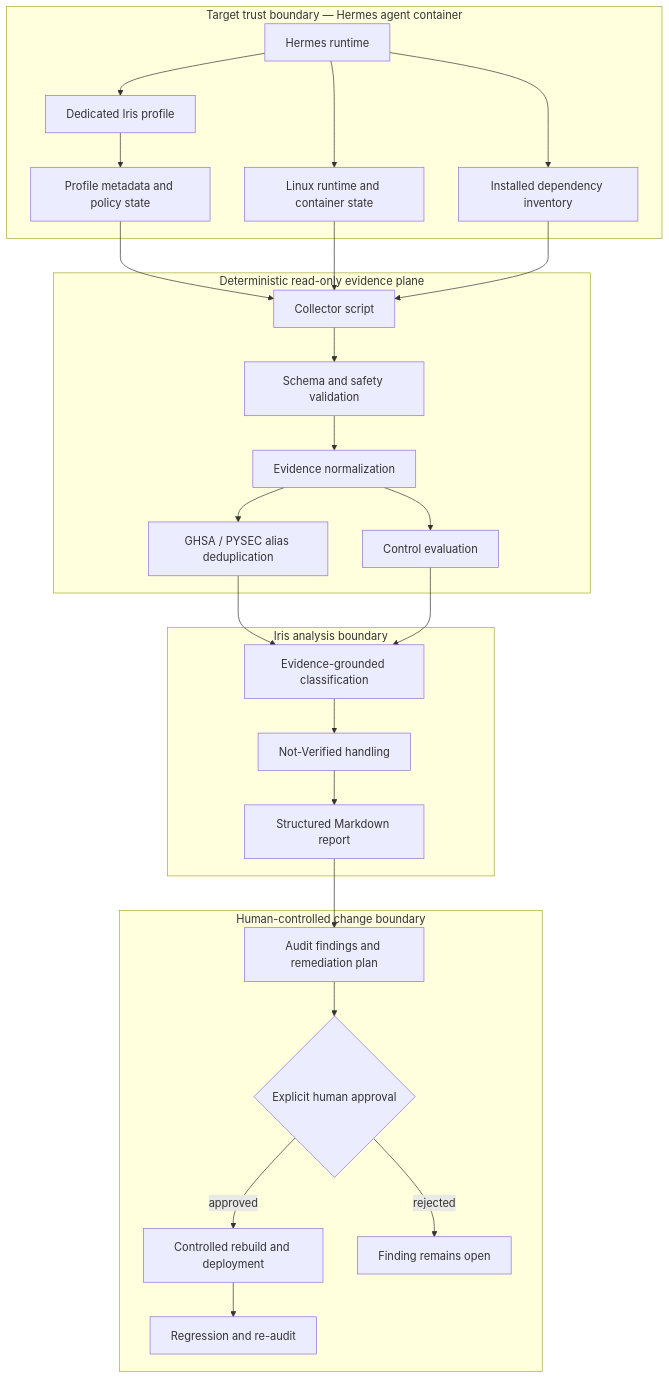
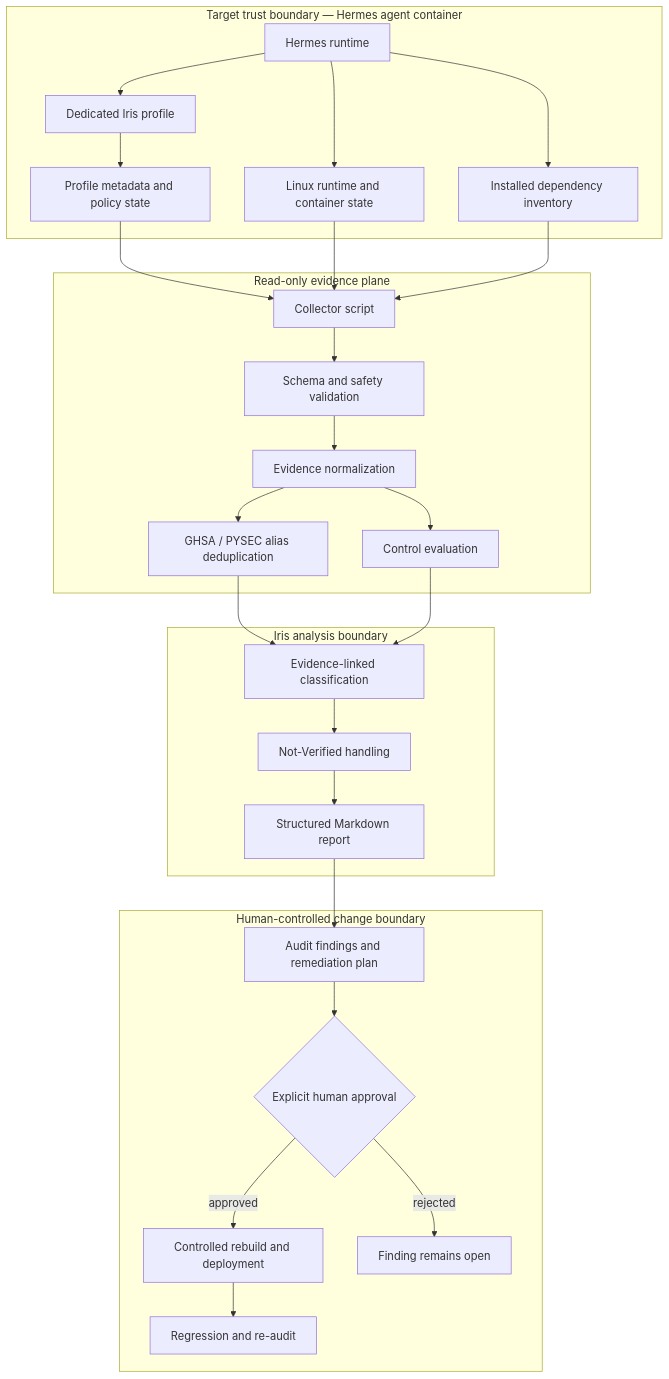
One commit to Lee2379/agentic-ai-security-auditor changed the diagram in README.md. Above: the diagram before and after it, drawn with Mermaid. The commit also changed other lines of this file and 1 other file, not shown here.

````diff
--- a/README.md
+++ b/README.md
@@ -73,49 +72,49 @@
 ```mermaid
 flowchart TD
     subgraph TARGET["Target trust boundary — Hermes agent container"]
         H["Hermes runtime"]
         P["Dedicated Iris profile"]
         F["Profile metadata and policy state"]
         R["Linux runtime and container state"]
         D["Installed dependency inventory"]
         H --> P
         P --> F
         H --> R
         H --> D
     end
 
-    subgraph COLLECTION["Deterministic read-only evidence plane"]
+    subgraph COLLECTION["Read-only evidence plane"]
         C["Collector script"]
         V["Schema and safety validation"]
         N["Evidence normalization"]
         A["GHSA / PYSEC alias deduplication"]
         E["Control evaluation"]
         C --> V --> N
         N --> A
         N --> E
     end
 
     subgraph ANALYSIS["Iris analysis boundary"]
-        G["Evidence-grounded classification"]
+        G["Evidence-linked classification"]
         Q["Not-Verified handling"]
         M["Structured Markdown report"]
         G --> Q --> M
     end
 
     subgraph GOVERNANCE["Human-controlled change boundary"]
         O["Audit findings and remediation plan"]
         X{"Explicit human approval"}
         B["Controlled rebuild and deployment"]
         T["Regression and re-audit"]
         O --> X
         X -->|approved| B --> T
         X -->|rejected| Z["Finding remains open"]
     end
 
     F --> C
     R --> C
     D --> C
     A --> G
     E --> G
     M --> O
 ```
````
